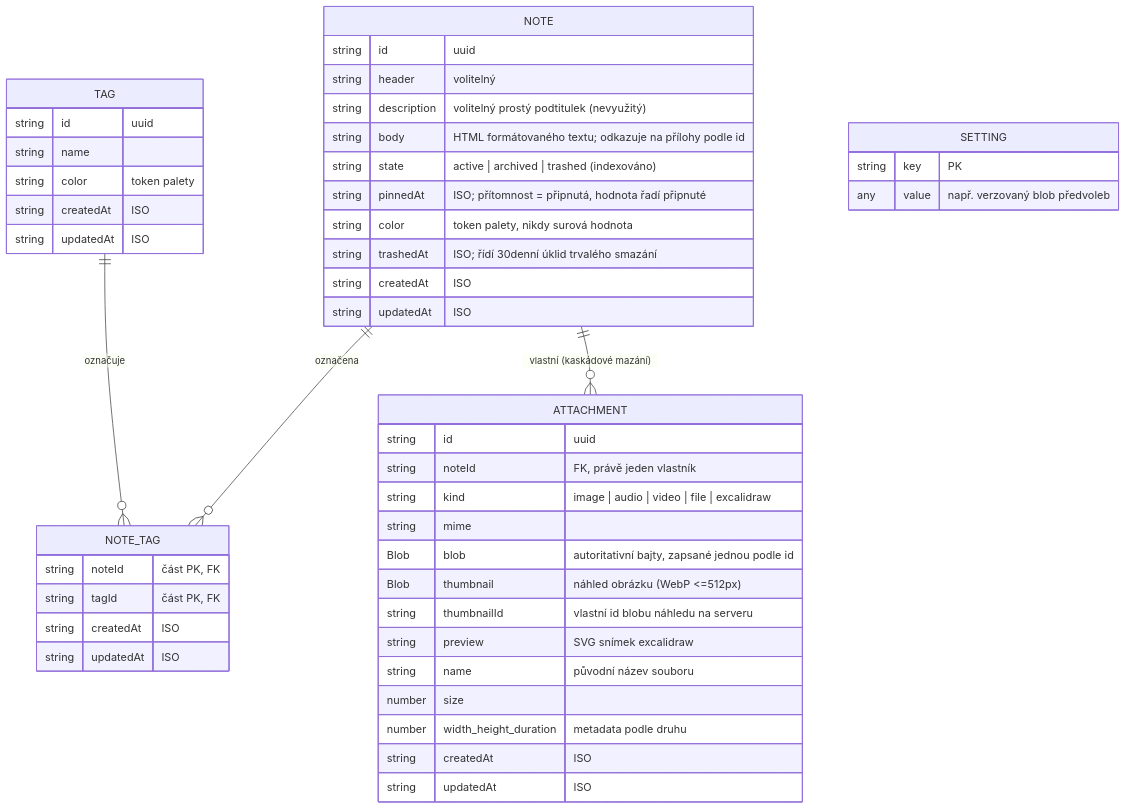
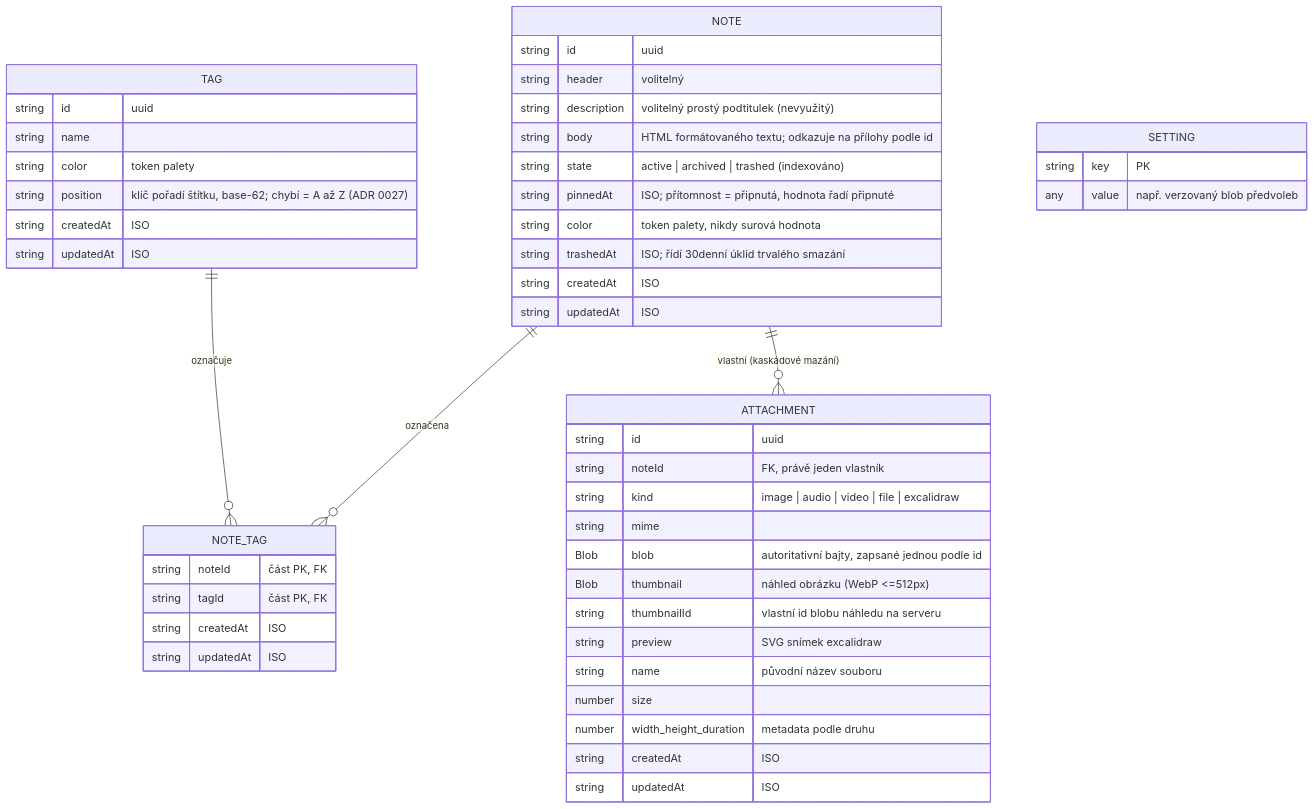
Before and after one commit to soukupj00/your-notes-fe: the diagram in docs/cs/architecture/03-database.md, drawn with Mermaid. The commit also changed 8 other files, not shown here.

````diff
--- a/docs/cs/architecture/03-database.md
+++ b/docs/cs/architecture/03-database.md
@@ -13,50 +13,51 @@
 ```mermaid
 erDiagram
     NOTE ||--o{ NOTE_TAG : "označena"
     TAG ||--o{ NOTE_TAG : "označuje"
     NOTE ||--o{ ATTACHMENT : "vlastní (kaskádové mazání)"
     NOTE {
         string id "uuid"
         string header "volitelný"
         string description "volitelný prostý podtitulek (nevyužitý)"
         string body "HTML formátovaného textu; odkazuje na přílohy podle id"
         string state "active | archived | trashed (indexováno)"
         string pinnedAt "ISO; přítomnost = připnutá, hodnota řadí připnuté"
         string color "token palety, nikdy surová hodnota"
         string trashedAt "ISO; řídí 30denní úklid trvalého smazání"
         string createdAt "ISO"
         string updatedAt "ISO"
     }
     TAG {
         string id "uuid"
         string name
         string color "token palety"
+        string position "klíč pořadí štítku, base-62; chybí = A až Z (ADR 0027)"
         string createdAt "ISO"
         string updatedAt "ISO"
     }
     NOTE_TAG {
         string noteId "část PK, FK"
         string tagId "část PK, FK"
         string createdAt "ISO"
         string updatedAt "ISO"
     }
     ATTACHMENT {
         string id "uuid"
         string noteId "FK, právě jeden vlastník"
         string kind "image | audio | video | file | excalidraw"
         string mime
         Blob blob "autoritativní bajty, zapsané jednou podle id"
         Blob thumbnail "náhled obrázku (WebP <=512px)"
         string thumbnailId "vlastní id blobu náhledu na serveru"
         string preview "SVG snímek excalidraw"
         string name "původní název souboru"
         number size
         number width_height_duration "metadata podle druhu"
         string createdAt "ISO"
         string updatedAt "ISO"
     }
     SETTING {
         string key "PK"
         any value "např. verzovaný blob předvoleb"
     }
 ```
````
